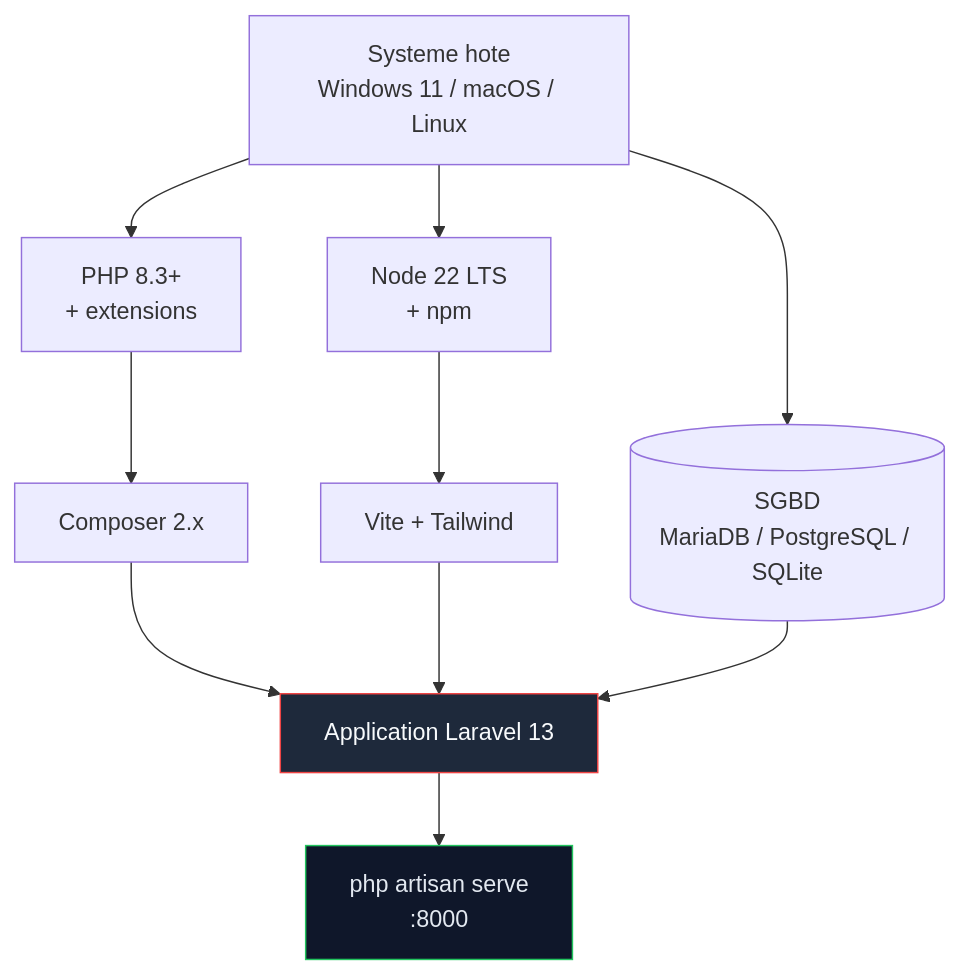
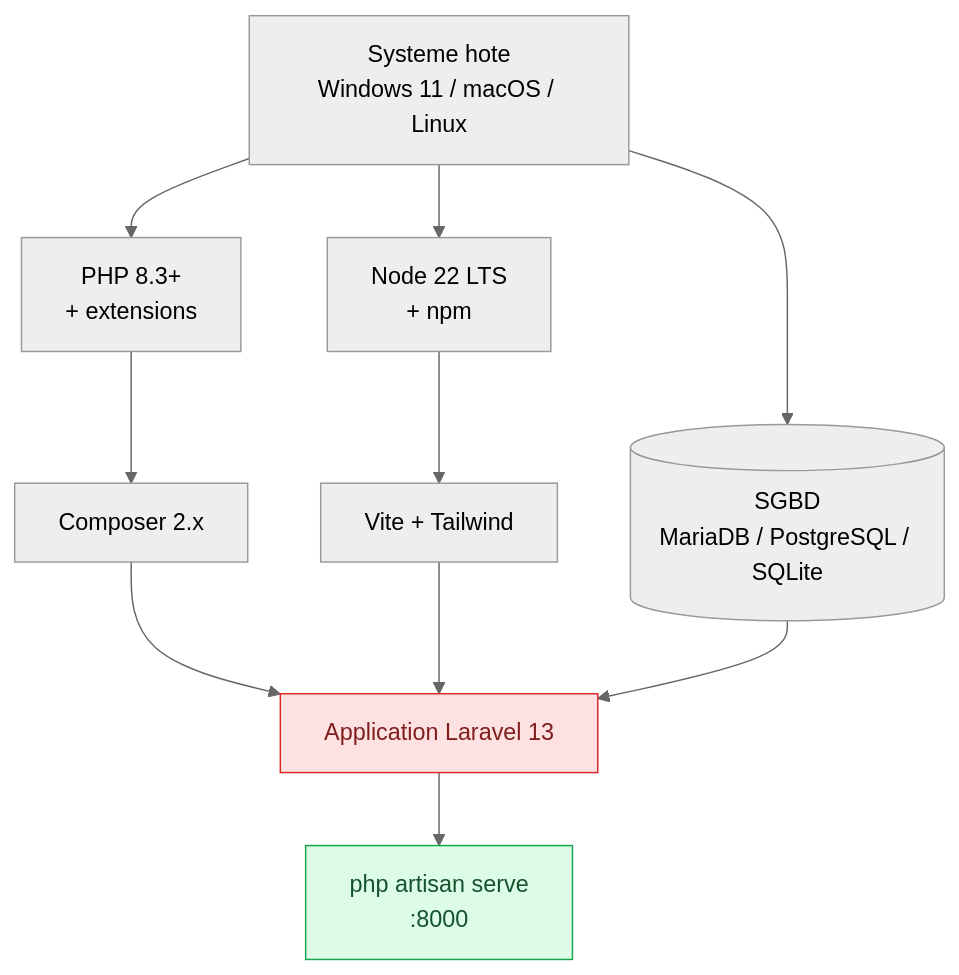
One commit to zyrass/omnydocs changed the second of 4 diagrams in docs/dev-cloud/frameworks/laravel/chapitre-00/04-laravel-sans-docker.md. Above: the diagram before and after it, drawn with Mermaid. The commit also changed other lines of this file and 14 other files, not shown here.

````diff
--- a/docs/dev-cloud/frameworks/laravel/chapitre-00/04-laravel-sans-docker.md
+++ b/docs/dev-cloud/frameworks/laravel/chapitre-00/04-laravel-sans-docker.md
@@ -104,15 +105,16 @@
 ```mermaid
+%%{init: {'theme':'neutral'}}%%
 flowchart TB
     OS[Systeme hote<br/>Windows 11 / macOS / Linux] --> PHP[PHP 8.3+<br/>+ extensions]
     OS --> NODE[Node 22 LTS<br/>+ npm]
     OS --> DB[(SGBD<br/>MariaDB / PostgreSQL / SQLite)]
     PHP --> COMP[Composer 2.x]
     COMP --> LARAVEL[Application Laravel 13]
     NODE --> VITE[Vite + Tailwind]
     VITE --> LARAVEL
     DB --> LARAVEL
     LARAVEL --> SERVE[php artisan serve<br/>:8000]
 
-    style LARAVEL fill:#1e293b,stroke:#ef4444,color:#f8fafc
-    style SERVE fill:#0f172a,stroke:#22c55e,color:#e2e8f0
+    style LARAVEL fill:#fee2e2,stroke:#dc2626,color:#7f1d1d
+    style SERVE fill:#dcfce7,stroke:#16a34a,color:#14532d
 ```
````
